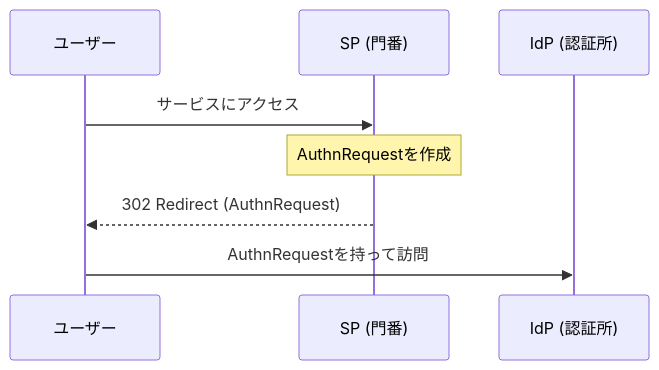
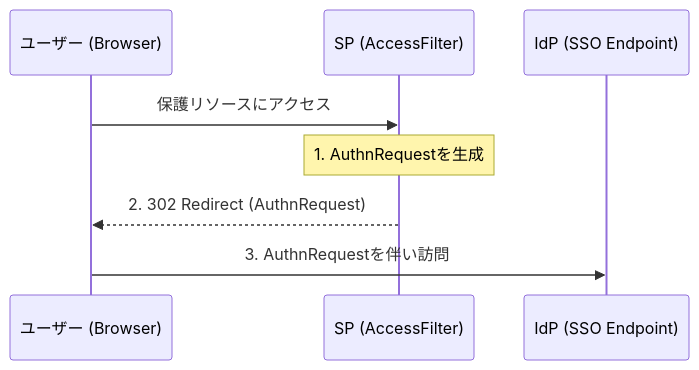
Before and after one commit to mashharuki/OpenSAML-sample-code: the second of 4 diagrams in blog.md, drawn with Mermaid. The commit also changed other lines of this file and 1 other file, not shown here.

````diff
--- a/blog.md
+++ b/blog.md
@@ -44,11 +40,11 @@
 ```mermaid
 sequenceDiagram
-    participant User as ユーザー
-    participant SP as SP (門番)
-    participant IdP as IdP (認証所)
+    participant User as ユーザー (Browser)
+    participant SP as SP (AccessFilter)
+    participant IdP as IdP (SSO Endpoint)
 
-    User->>SP: サービスにアクセス
-    Note over SP: AuthnRequestを作成
-    SP-->>User: 302 Redirect (AuthnRequest)
-    User->>IdP: AuthnRequestを持って訪問
+    User->>SP: 保護リソースにアクセス
+    Note over SP: 1. AuthnRequestを生成
+    SP-->>User: 2. 302 Redirect (AuthnRequest)
+    User->>IdP: 3. AuthnRequestを伴い訪問
 ```
````
